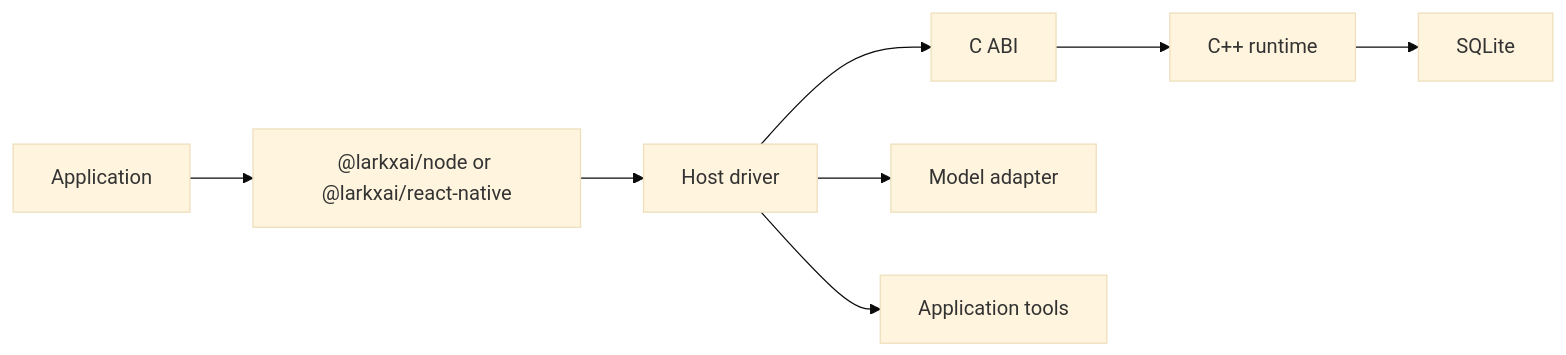
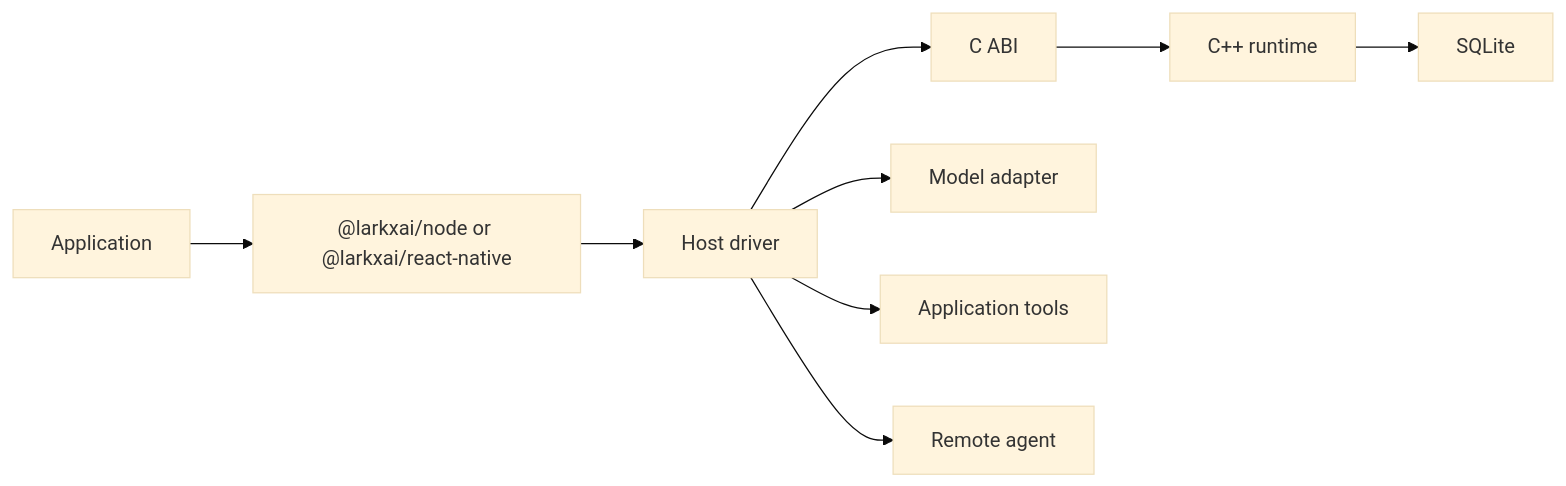
The diagram in README.md (larkxai/larkx), drawn with Mermaid (base theme) before and after one commit. The commit also changed other lines of this file and 52 other files, not shown here.

First line of the commit message:
Add durable delegation to an independent remote agent (#32)

````diff
--- a/README.md
+++ b/README.md
@@ -190,10 +231,11 @@
 ```mermaid
 flowchart LR
   app["Application"] --> sdk["@larkxai/node or @larkxai/react-native"]
   sdk --> driver["Host driver"]
   driver --> abi["C ABI"]
   abi --> core["C++ runtime"]
   core --> db["SQLite"]
   driver --> model["Model adapter"]
   driver --> tools["Application tools"]
+  driver --> remote["Remote agent"]
 ```
````
